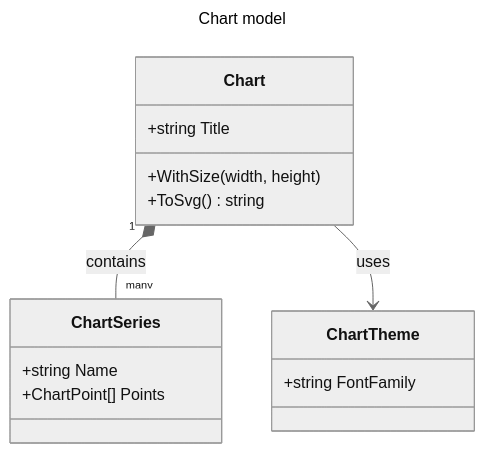
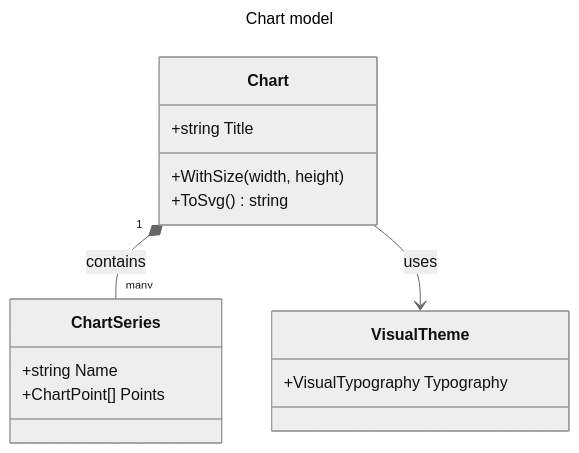
One commit to EvotecIT/ChartForgeX changed the diagram in Website/static/site/atlas/class.mmd. Above: the diagram before and after it, drawn with Mermaid (neutral theme). The commit also changed 1759 other files, not shown here.

```diff
--- a/Website/static/site/atlas/class.mmd
+++ b/Website/static/site/atlas/class.mmd
@@ -1,18 +1,18 @@
 ---
 title: Chart model
 ---
 classDiagram
   class Chart {
     +string Title
     +WithSize(width, height)
     +ToSvg() string
   }
   class ChartSeries {
     +string Name
     +ChartPoint[] Points
   }
-  class ChartTheme {
-    +string FontFamily
+  class VisualTheme {
+    +VisualTypography Typography
   }
   Chart "1" *-- "many" ChartSeries : contains
-  Chart --> ChartTheme : uses
+  Chart --> VisualTheme : uses
```
